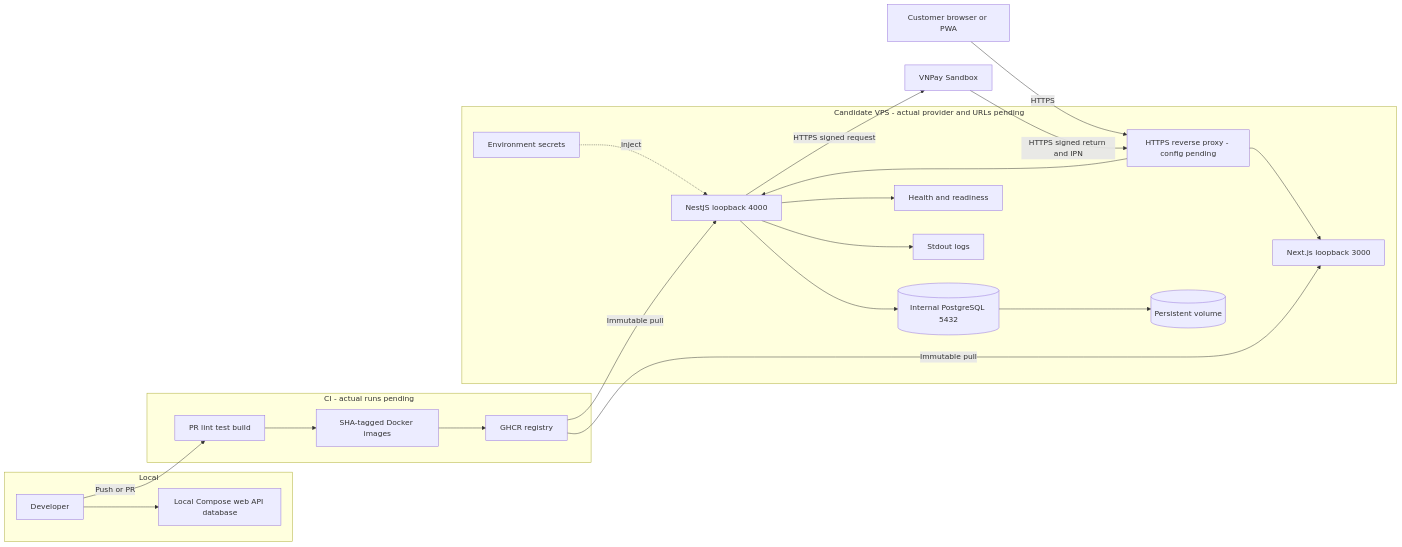
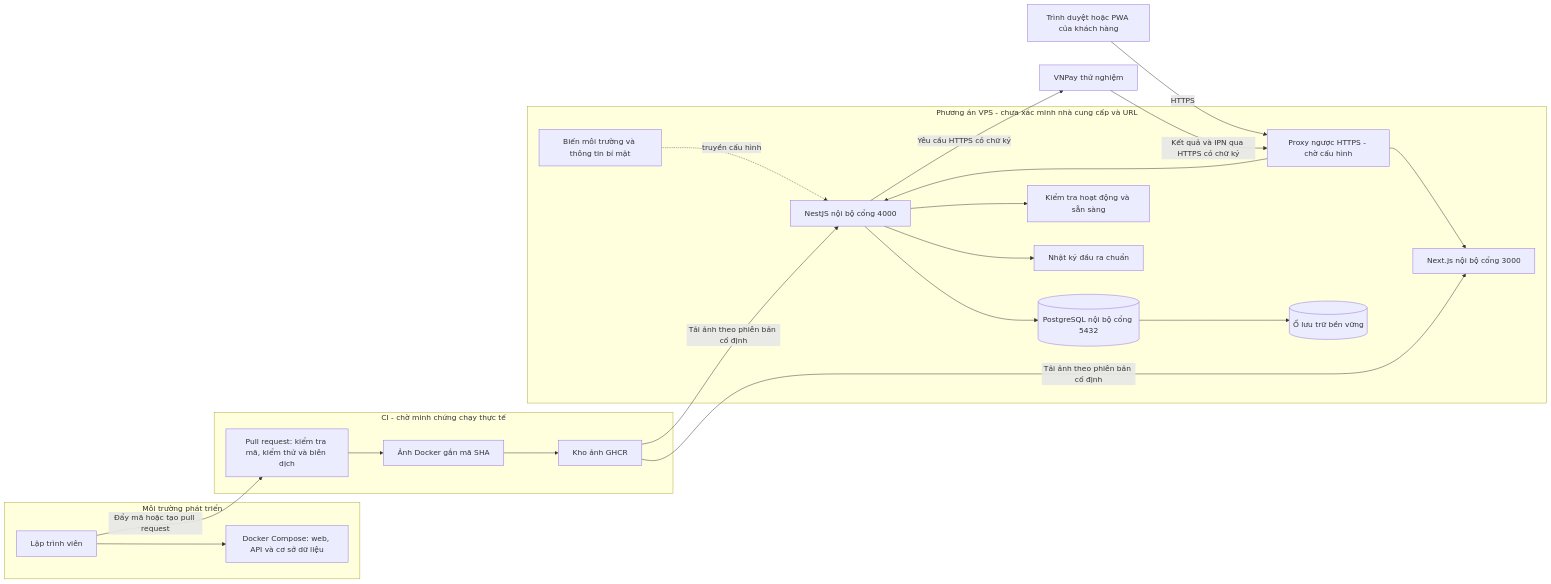
One commit to chuong4482/2_Assignment changed the diagram in docs/diagrams/deployment.mmd. Above: the diagram before and after it, drawn with Mermaid. The commit also changed 107 other files, not shown here.

```diff
--- a/docs/diagrams/deployment.mmd
+++ b/docs/diagrams/deployment.mmd
@@ -1,21 +1,21 @@
 flowchart LR
- subgraph Local
- D[Developer] --> L[Local Compose web API database]
+ subgraph Local[Môi trường phát triển]
+ D[Lập trình viên] --> L[Docker Compose: web, API và cơ sở dữ liệu]
  end
- subgraph CI[CI - actual runs pending]
- G[PR lint test build] --> I[SHA-tagged Docker images] --> R[GHCR registry]
+ subgraph CI[CI - chờ minh chứng chạy thực tế]
+ G[Pull request: kiểm tra mã, kiểm thử và biên dịch] --> I[Ảnh Docker gắn mã SHA] --> R[Kho ảnh GHCR]
  end
- subgraph Production[Candidate VPS - actual provider and URLs pending]
- T[HTTPS reverse proxy - config pending] --> W[Next.js loopback 3000]
- T --> A[NestJS loopback 4000]
- A --> B[(Internal PostgreSQL 5432)] --> V[(Persistent volume)]
- S[Environment secrets] -. inject .-> A
- A --> H[Health and readiness]
- A --> O[Stdout logs]
+ subgraph Production[Phương án VPS - chưa xác minh nhà cung cấp và URL]
+ T[Proxy ngược HTTPS - chờ cấu hình] --> W[Next.js nội bộ cổng 3000]
+ T --> A[NestJS nội bộ cổng 4000]
+ A --> B[(PostgreSQL nội bộ cổng 5432)] --> V[(Ổ lưu trữ bền vững)]
+ S[Biến môi trường và thông tin bí mật] -. truyền cấu hình .-> A
+ A --> H[Kiểm tra hoạt động và sẵn sàng]
+ A --> O[Nhật ký đầu ra chuẩn]
  end
- C[Customer browser or PWA] -->|HTTPS| T
- R -->|Immutable pull| W
- R -->|Immutable pull| A
- A -->|HTTPS signed request| P[VNPay Sandbox]
- P -->|HTTPS signed return and IPN| T
- D -->|Push or PR| G
+ C[Trình duyệt hoặc PWA của khách hàng] -->|HTTPS| T
+ R -->|Tải ảnh theo phiên bản cố định| W
+ R -->|Tải ảnh theo phiên bản cố định| A
+ A -->|Yêu cầu HTTPS có chữ ký| P[VNPay thử nghiệm]
+ P -->|Kết quả và IPN qua HTTPS có chữ ký| T
+ D -->|Đẩy mã hoặc tạo pull request| G
```
